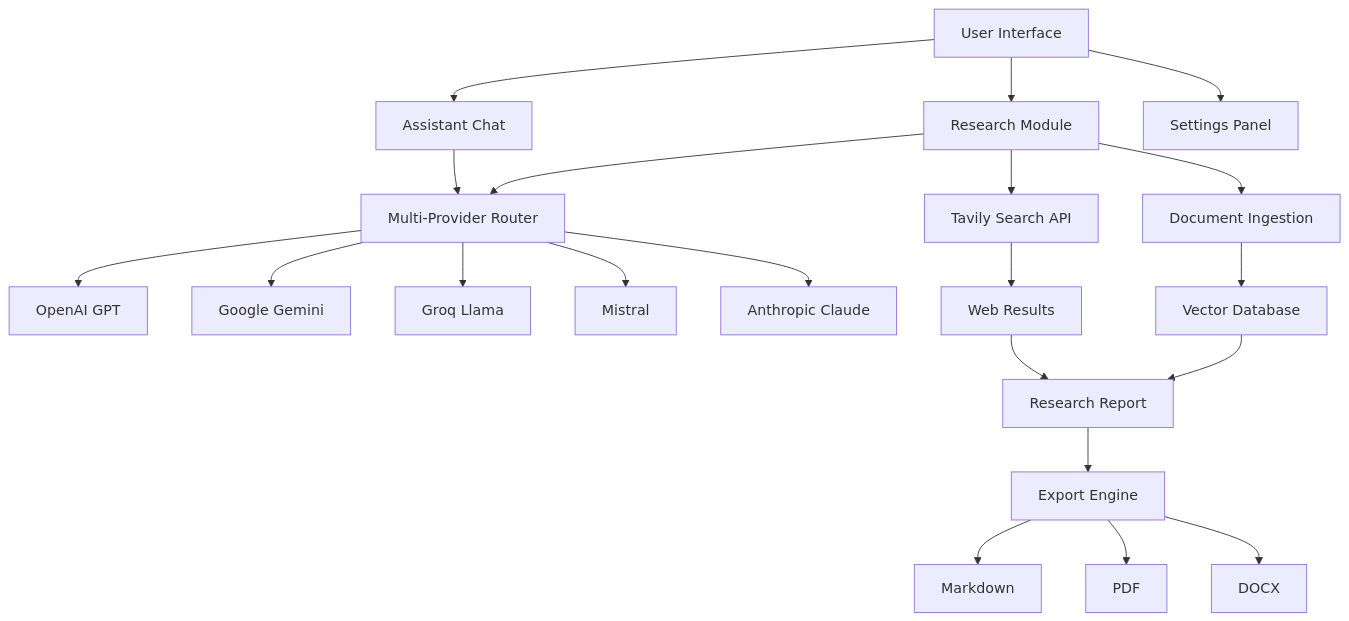
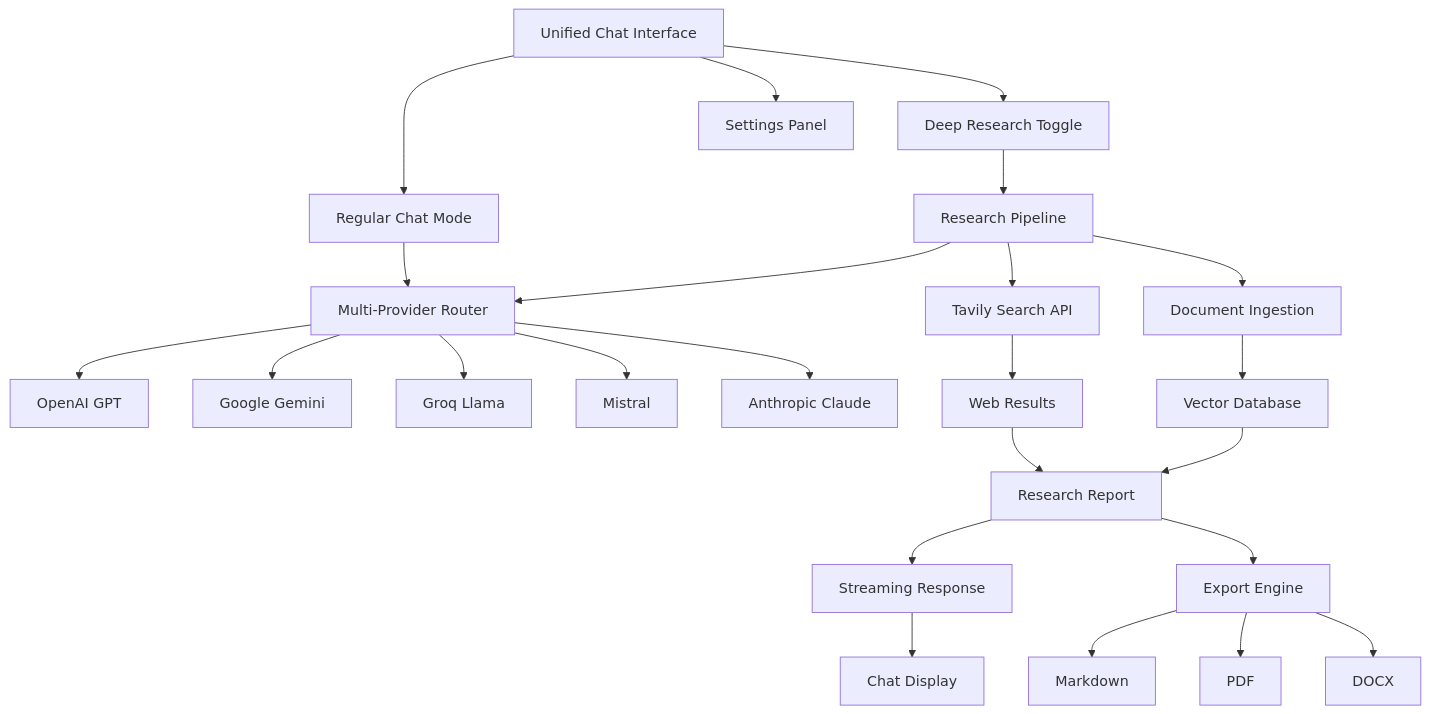
Before and after one commit to Kedhareswer/DeepOne: the diagram in README.md, drawn with Mermaid. The commit also changed other lines of this file and 7 other files, not shown here.

````diff
--- a/README.md
+++ b/README.md
@@ -71,29 +73,33 @@
 ```mermaid
 graph TB
-    A[User Interface] --> B[Assistant Chat]
-    A --> C[Research Module]
+    A[Unified Chat Interface] --> B[Deep Research Toggle]
+    A --> C[Regular Chat Mode]
     A --> D[Settings Panel]
     
-    B --> E[Multi-Provider Router]
-    C --> E
+    B --> E[Research Pipeline]
+    C --> F[Multi-Provider Router]
+    E --> F
     
-    E --> F[OpenAI GPT]
-    E --> G[Google Gemini]
-    E --> H[Groq Llama]
-    E --> I[Mistral]
-    E --> J[Anthropic Claude]
+    F --> G[OpenAI GPT]
+    F --> H[Google Gemini]
+    F --> I[Groq Llama]
+    F --> J[Mistral]
+    F --> K[Anthropic Claude]
     
-    C --> K[Tavily Search API]
-    C --> L[Document Ingestion]
+    E --> L[Tavily Search API]
+    E --> M[Document Ingestion]
     
-    L --> M[Vector Database]
-    K --> N[Web Results]
+    M --> N[Vector Database]
+    L --> O[Web Results]
     
-    N --> O[Research Report]
-    M --> O
-    O --> P[Export Engine]
+    O --> P[Research Report]
+    N --> P
+    P --> Q[Streaming Response]
     
-    P --> Q[Markdown]
-    P --> R[PDF]
-    P --> S[DOCX]
+    Q --> R[Chat Display]
+    P --> S[Export Engine]
+    
+    S --> T[Markdown]
+    S --> U[PDF]
+    S --> V[DOCX]
 ```
````
